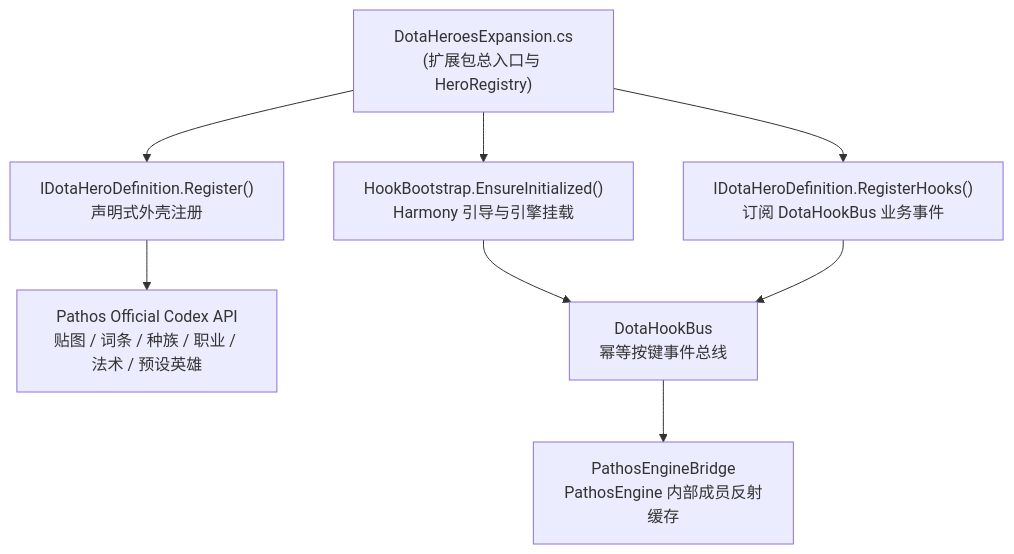
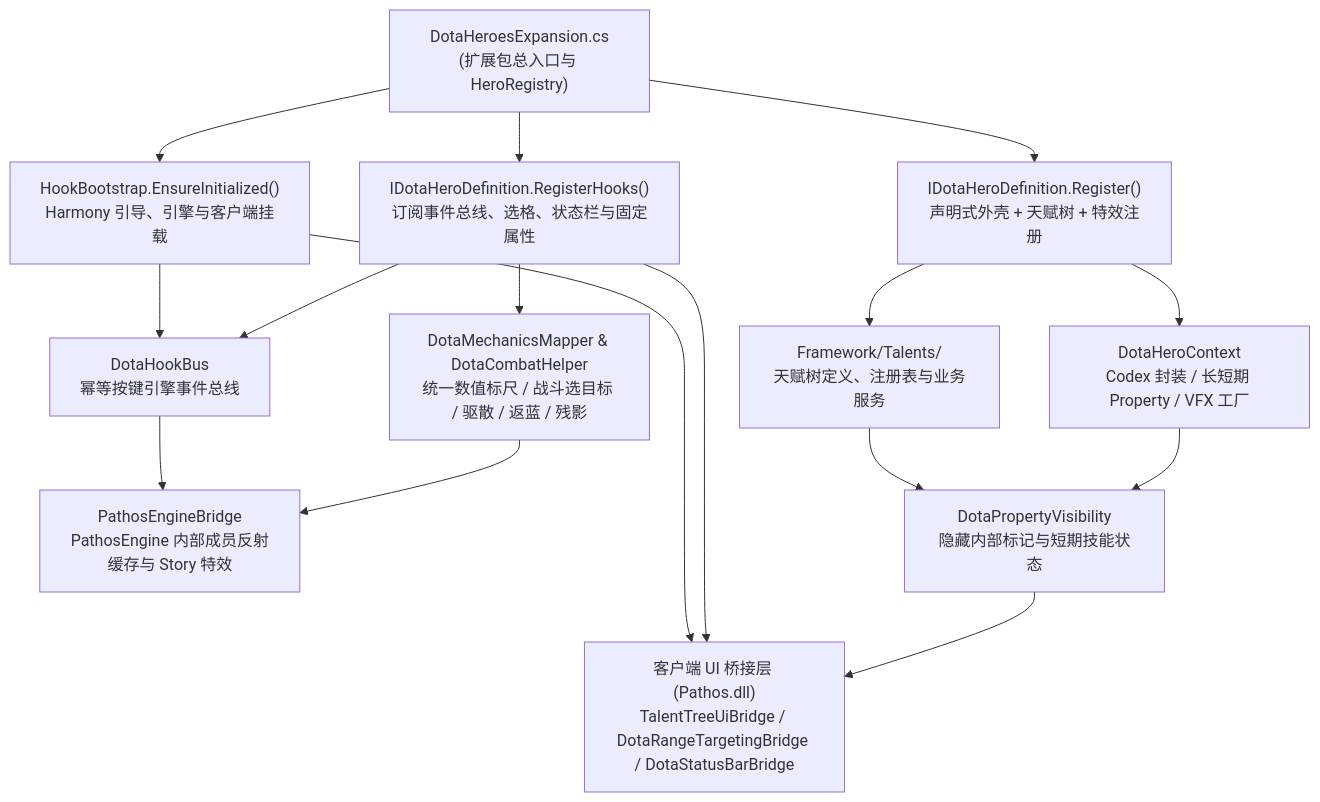
The first of 2 diagrams in docs/architecture/overview.md (5151561/Pathos-Dota2-7.42), drawn with Mermaid before and after one commit. The commit also changed other lines of this file and 19 other files, not shown here.

Commit message:
refactor(framework): consolidate shared combat/UI infrastructure and reorganize architecture docs

````diff
--- a/docs/architecture/overview.md
+++ b/docs/architecture/overview.md
@@ -7,11 +7,22 @@
 ```mermaid
 flowchart TD
-    A["DotaHeroesExpansion.cs<br/>(扩展包总入口与 HeroRegistry)"] --> B["IDotaHeroDefinition.Register()<br/>声明式外壳注册"]
-    A --> C["HookBootstrap.EnsureInitialized()<br/>Harmony 引导与引擎挂载"]
-    A --> D["IDotaHeroDefinition.RegisterHooks()<br/>订阅 DotaHookBus 业务事件"]
+    A["DotaHeroesExpansion.cs<br/>(扩展包总入口与 HeroRegistry)"] --> B["IDotaHeroDefinition.Register()<br/>声明式外壳 + 天赋树 + 特效注册"]
+    A --> C["HookBootstrap.EnsureInitialized()<br/>Harmony 引导、引擎与客户端挂载"]
+    A --> D["IDotaHeroDefinition.RegisterHooks()<br/>订阅事件总线、选格、状态栏与固定属性"]
 
-    B --> E["Pathos Official Codex API<br/>贴图 / 词条 / 种族 / 职业 / 法术 / 预设英雄"]
-    C --> F["DotaHookBus<br/>幂等按键事件总线"]
+    B --> E["DotaHeroContext<br/>Codex 封装 / 长短期 Property / VFX 工厂"]
+    B --> T["Framework/Talents/<br/>天赋树定义、注册表与业务服务"]
+
+    C --> F["DotaHookBus<br/>幂等按键引擎事件总线"]
+    C --> U["客户端 UI 桥接层 (Pathos.dll)<br/>TalentTreeUiBridge / DotaRangeTargetingBridge / DotaStatusBarBridge"]
+
     D --> F
-    F --> G["PathosEngineBridge<br/>PathosEngine 内部成员反射缓存"]
+    D --> U
+    D --> M["DotaMechanicsMapper &amp; DotaCombatHelper<br/>统一数值标尺 / 战斗选目标 / 驱散 / 返蓝 / 残影"]
+
+    F --> G["PathosEngineBridge<br/>PathosEngine 内部成员反射缓存与 Story 特效"]
+    M --> G
+    T --> V["DotaPropertyVisibility<br/>隐藏内部标记与短期技能状态"]
+    E --> V
+    V --> U
 ```
````
